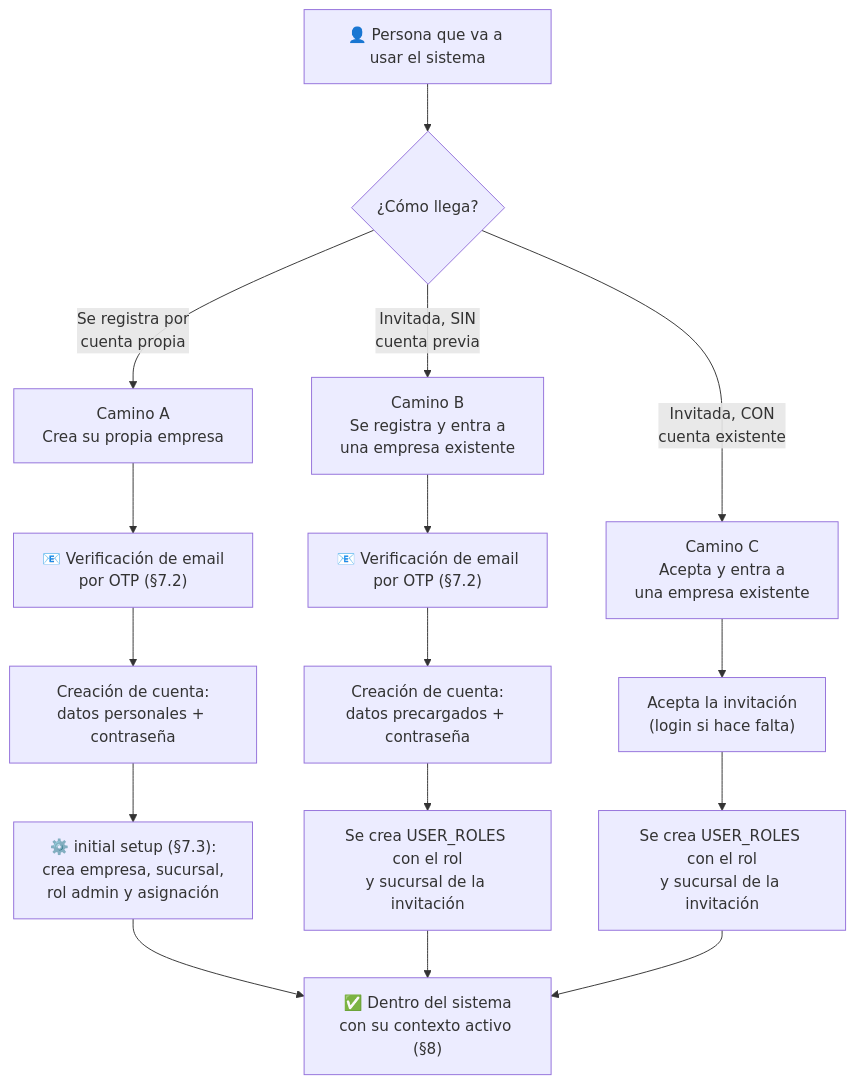
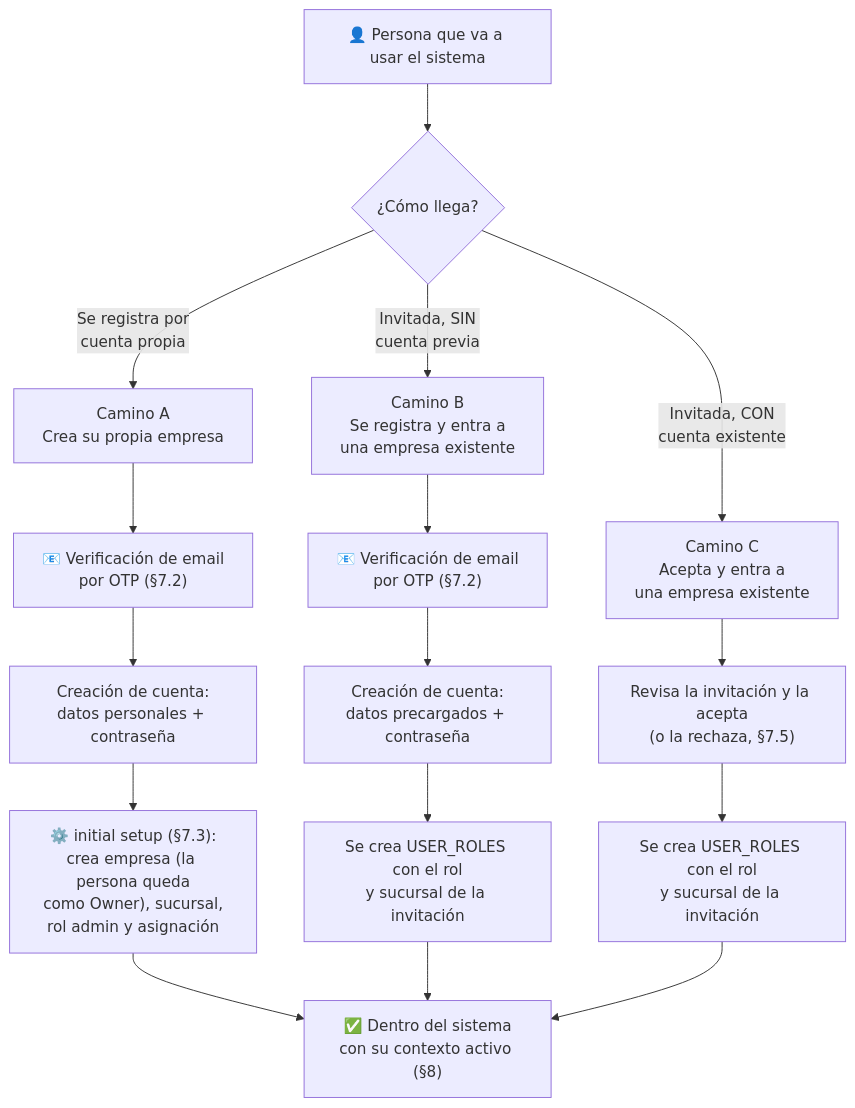
Before and after one commit to Franco98404/database-guidelines: the fifth of 13 diagrams in database-guidelines.md, drawn with Mermaid. The commit also changed other lines of this file, not shown here.

````diff
--- a/database-guidelines.md
+++ b/database-guidelines.md
@@ -346,19 +348,19 @@
 ```mermaid
 flowchart TD
     START["👤 Persona que va a usar el sistema"] --> Q{"¿Cómo llega?"}
     Q -- "Se registra por<br/>cuenta propia" --> A0["Camino A<br/>Crea su propia empresa"]
     Q -- "Invitada, SIN<br/>cuenta previa" --> B0["Camino B<br/>Se registra y entra a<br/>una empresa existente"]
     Q -- "Invitada, CON<br/>cuenta existente" --> C0["Camino C<br/>Acepta y entra a<br/>una empresa existente"]
 
     A0 --> OTPA["📧 Verificación de email<br/>por OTP (§7.2)"]
     B0 --> OTPB["📧 Verificación de email<br/>por OTP (§7.2)"]
     OTPA --> CTAA["Creación de cuenta:<br/>datos personales + contraseña"]
     OTPB --> CTAB["Creación de cuenta:<br/>datos precargados + contraseña"]
-    CTAA --> SETUP["⚙️ initial setup (§7.3):<br/>crea empresa, sucursal,<br/>rol admin y asignación"]
+    CTAA --> SETUP["⚙️ initial setup (§7.3):<br/>crea empresa (la persona queda<br/>como Owner), sucursal,<br/>rol admin y asignación"]
     CTAB --> URB["Se crea USER_ROLES con el rol<br/>y sucursal de la invitación"]
-    C0 --> ACC["Acepta la invitación<br/>(login si hace falta)"]
+    C0 --> ACC["Revisa la invitación y la acepta<br/>(o la rechaza, §7.5)"]
     ACC --> URC["Se crea USER_ROLES con el rol<br/>y sucursal de la invitación"]
     SETUP --> FIN["✅ Dentro del sistema<br/>con su contexto activo (§8)"]
     URB --> FIN
     URC --> FIN
 ```
````
